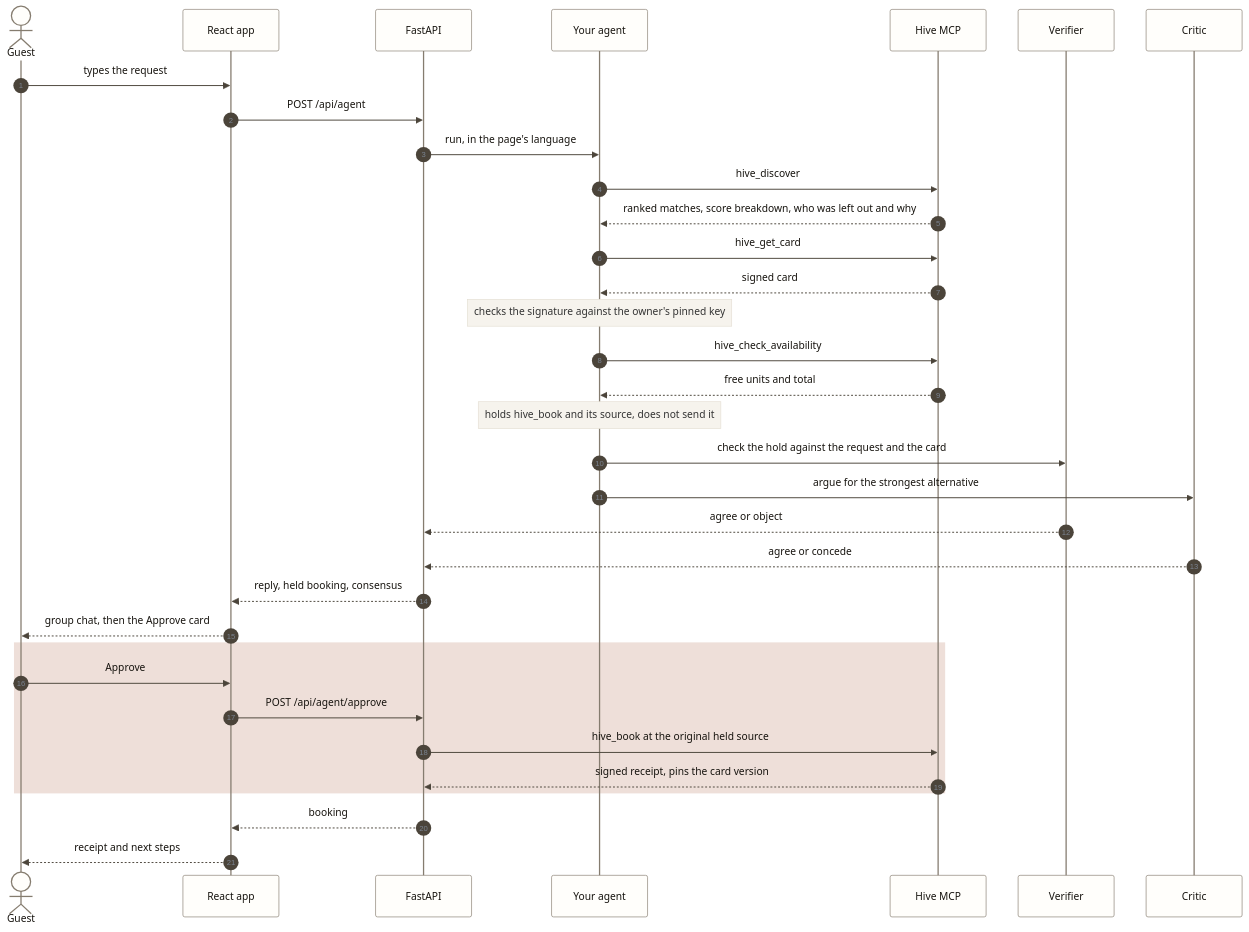
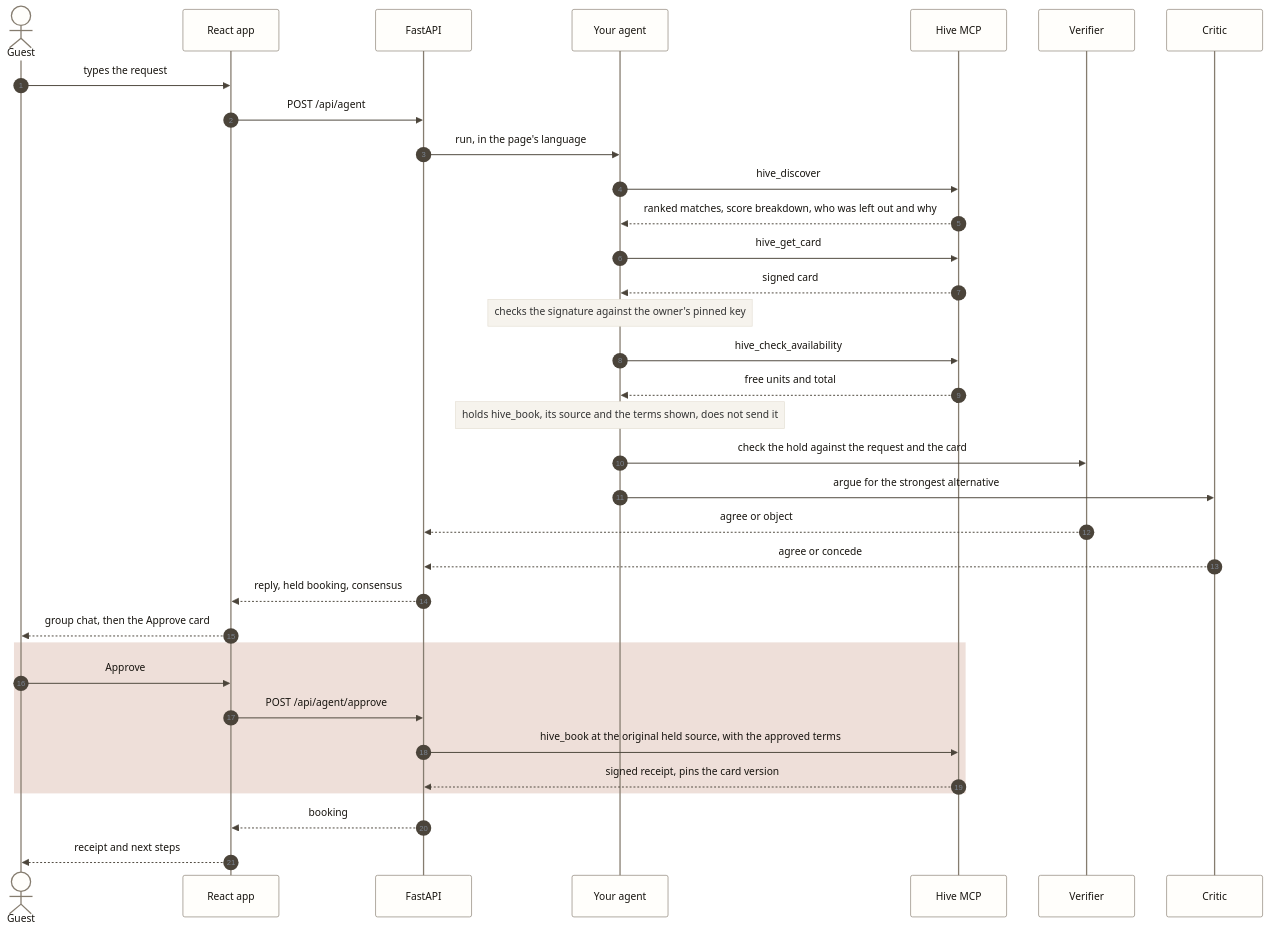
One commit to reactbias/Adobee-Hive changed the third of 9 diagrams in documentation/DIAGRAMS.md. Above: the diagram before and after it, drawn with Mermaid. The commit also changed other lines of this file and 16 other files, not shown here.

````diff
--- a/documentation/DIAGRAMS.md
+++ b/documentation/DIAGRAMS.md
@@ -199,38 +201,38 @@
 ```mermaid
 %%{init: {"theme": "base", "themeVariables": {"primaryColor": "#fffefb", "primaryBorderColor": "#857c6f", "primaryTextColor": "#17140f", "lineColor": "#857c6f", "clusterBkg": "#f6f3ed", "clusterBorder": "#e4ded3", "noteBkgColor": "#f6f3ed", "noteBorderColor": "#e4ded3", "actorBkg": "#fffefb", "actorBorder": "#857c6f", "signalColor": "#4b443a", "signalTextColor": "#17140f", "fontFamily": "Helvetica, Arial, sans-serif"}}}%%
 sequenceDiagram
   autonumber
   actor Guest
   participant UI as React app
   participant API as FastAPI
   participant AG as Your agent
   participant MCP as Hive MCP
   participant V as Verifier
   participant C as Critic
 
   Guest->>UI: types the request
   UI->>API: POST /api/agent
   API->>AG: run, in the page's language
   AG->>MCP: hive_discover
   MCP-->>AG: ranked matches, score breakdown, who was left out and why
   AG->>MCP: hive_get_card
   MCP-->>AG: signed card
   Note over AG: checks the signature against the owner's pinned key
   AG->>MCP: hive_check_availability
   MCP-->>AG: free units and total
-  Note over AG: holds hive_book and its source, does not send it
+  Note over AG: holds hive_book, its source and the terms shown, does not send it
   AG->>V: check the hold against the request and the card
   AG->>C: argue for the strongest alternative
   V-->>API: agree or object
   C-->>API: agree or concede
   API-->>UI: reply, held booking, consensus
   UI-->>Guest: group chat, then the Approve card
   rect rgba(162, 79, 44, 0.18)
     Guest->>UI: Approve
     UI->>API: POST /api/agent/approve
-    API->>MCP: hive_book at the original held source
+    API->>MCP: hive_book at the original held source, with the approved terms
     MCP-->>API: signed receipt, pins the card version
   end
   API-->>UI: booking
   UI-->>Guest: receipt and next steps
 ```
````
